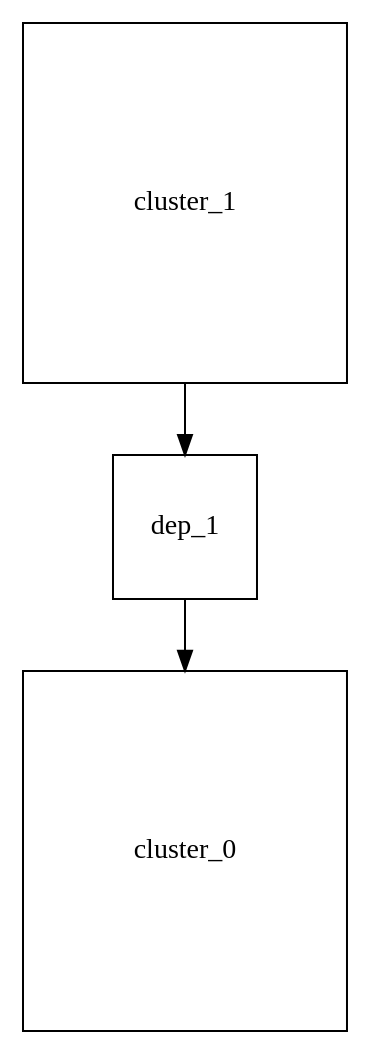
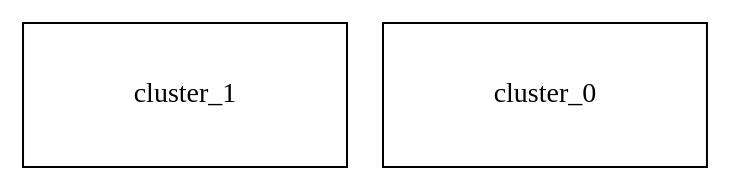
The diagram in protected/runtime/temp.dot (stefanrinderle/SoftViz3D), drawn with Graphviz before and after one commit. The commit also changed 3 other files, not shown here.

```diff
--- a/protected/runtime/temp.dot
+++ b/protected/runtime/temp.dot
@@ -1,7 +1,4 @@
 digraph G {
-    cluster_1 [ shape=rectangle,width=2.25,height=2.5,fixedsize=true,type="node" ];
-    cluster_0 [ shape=rectangle,width=2.25,height=2.5,fixedsize=true,type="node" ];
-    dep_1 [ shape=rectangle,width=1,height=1,fixedsize=true,type=leaf ];
-    dep_1 -> cluster_0;
-    cluster_1 -> dep_1;
+    cluster_1 [ shape=rectangle,width=2.25,height=1,fixedsize=true,type="node" ];
+    cluster_0 [ shape=rectangle,width=2.25,height=1,fixedsize=true,type="node" ];
 }
```
